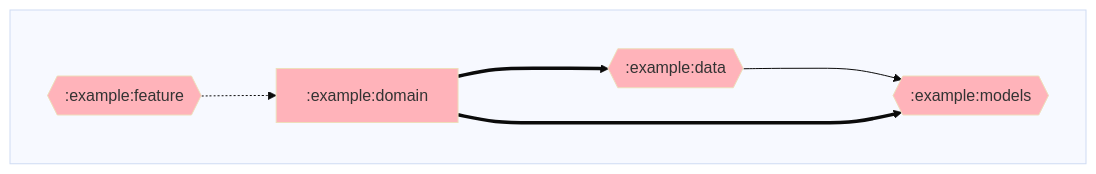
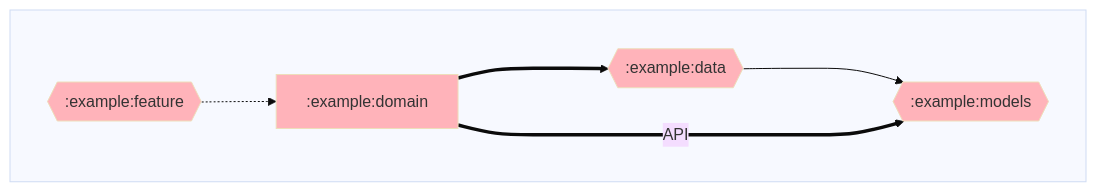
One commit to adityabhaskar/Gradle-dependency-graphs changed the diagram in example/domain/dependency-graph.md. Above: the diagram before and after it, drawn with Mermaid. The commit also changed 4 other files, not shown here.

````diff
--- a/example/domain/dependency-graph.md
+++ b/example/domain/dependency-graph.md
@@ -1,33 +1,33 @@
 ```mermaid
 %%{ init: { 'theme': 'base' } }%%
 graph LR;
 
 %% Styling for module nodes by type
 classDef rootNode stroke-width:4px;
 classDef mppNode fill:#ffd2b3;
 classDef andNode fill:#baffc9;
 classDef javaNode fill:#ffb3ba;
 
 %% Modules
 subgraph  
   direction LR;
   :example:data{{:example:data}}:::javaNode;
   :example:models{{:example:models}}:::javaNode;
   :example:feature{{:example:feature}}:::javaNode;
   :example:domain[:example:domain]:::javaNode;
 end
 
 %% Dependencies
 :example:data--->:example:models
-:example:domain===>:example:models
+:example:domain==API===>:example:models
 :example:domain===>:example:data
 
 %% Dependents
 :example:feature-.->:example:domain
 
 %% Click interactions
 click :example:data https://github.com/oorjalabs/todotxt-for-android/blob/main/example/data
 click :example:models https://github.com/oorjalabs/todotxt-for-android/blob/main/example/models
 click :example:feature https://github.com/oorjalabs/todotxt-for-android/blob/main/example/feature
 click :example:domain https://github.com/oorjalabs/todotxt-for-android/blob/main/example/domain
 ```
````
